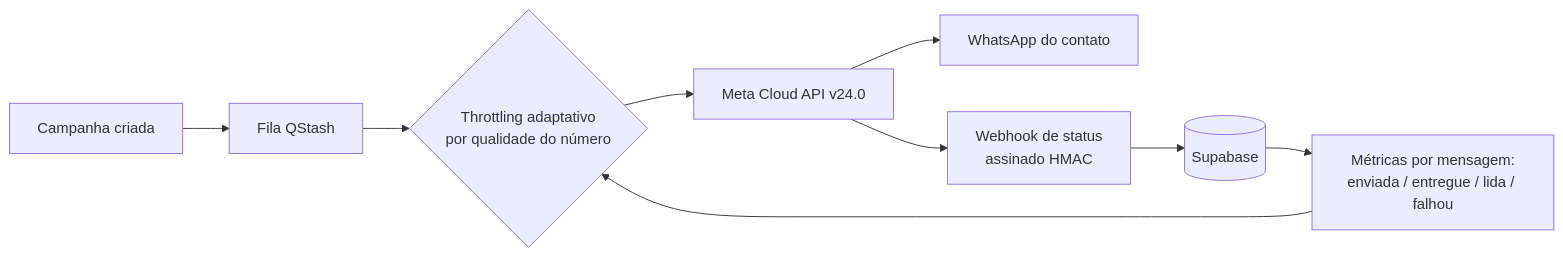
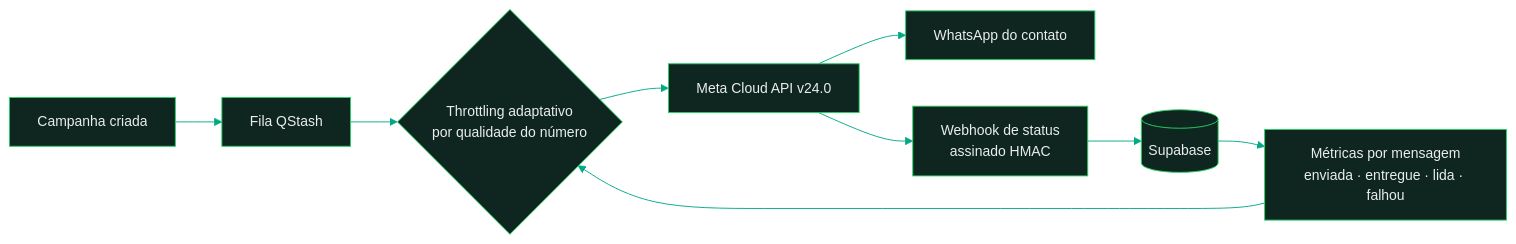
Before and after one commit to luizxhgomes/whatsflow-engine: the second of 3 diagrams in docs/architecture/TOPOLOGIA.md, drawn with Mermaid. The commit also changed other lines of this file and 1 other file, not shown here.

Commit message:
docs(design): diagramas mermaid tematizados na paleta WhatsFlow
README: fluxo do disparo reestruturado em estágios (Orquestração / Envio API
Oficial / Feedback loop) com laço de qualidade explícito. TOPOLOGIA.md: mesmos
themeVariables nos 3 diagramas para consistência visual no GitHub.

````diff
--- a/docs/architecture/TOPOLOGIA.md
+++ b/docs/architecture/TOPOLOGIA.md
@@ -72,11 +77,16 @@
 ```mermaid
+%%{init: {'theme':'base','themeVariables':{
+  'background':'#0B141A','primaryColor':'#0F2620','primaryTextColor':'#E9EDEF',
+  'primaryBorderColor':'#25D366','lineColor':'#00A884','secondaryColor':'#075E54',
+  'tertiaryColor':'#111B21','fontSize':'15px','edgeLabelBackground':'#0B141A',
+  'clusterBkg':'#111B21','clusterBorder':'#128C7E'}}}%%
 flowchart LR
     A[Campanha criada] --> B[Fila QStash]
-    B --> C{Throttling adaptativo\npor qualidade do número}
+    B --> C{"Throttling adaptativo<br/>por qualidade do número"}
     C --> D[Meta Cloud API v24.0]
     D --> E[WhatsApp do contato]
-    D --> F[Webhook de status\nassinado HMAC]
+    D --> F["Webhook de status<br/>assinado HMAC"]
     F --> G[(Supabase)]
-    G --> H[Métricas por mensagem:\nenviada / entregue / lida / falhou]
+    G --> H["Métricas por mensagem<br/>enviada · entregue · lida · falhou"]
     H --> C
 ```
````
